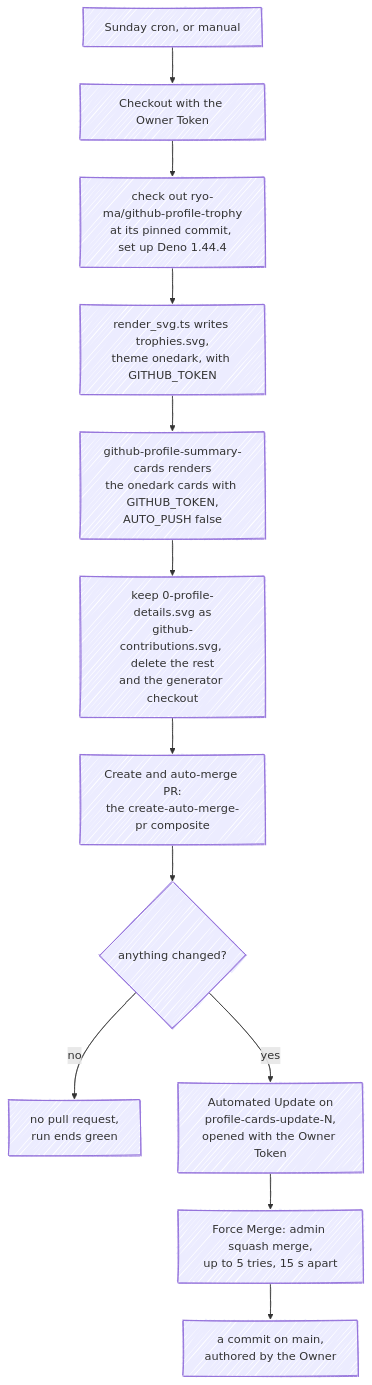
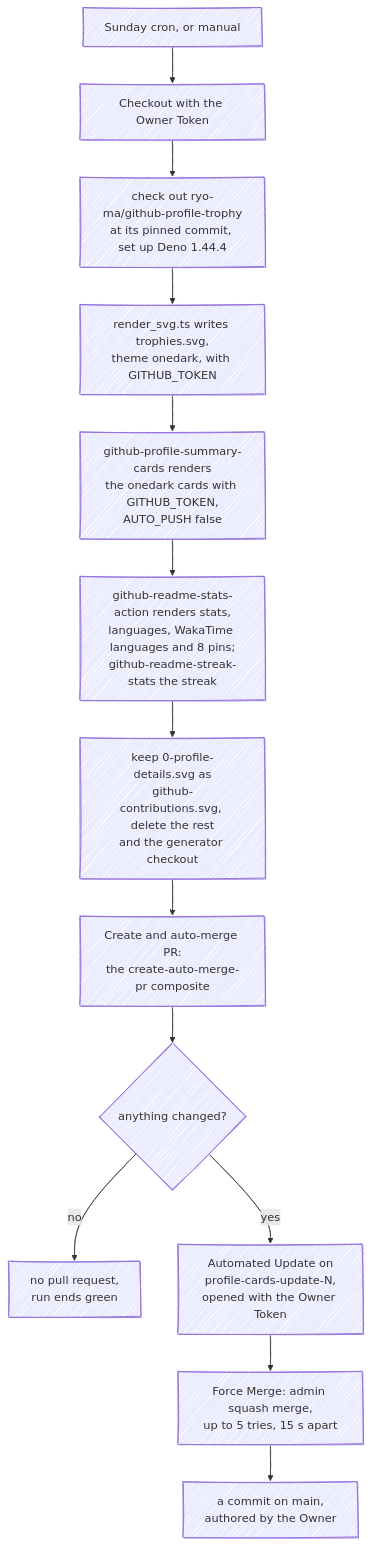
One commit to fbuireu/fbuireu changed the fourth of 10 diagrams in ARCHITECTURE.md. Above: the diagram before and after it, drawn with Mermaid. The commit also changed other lines of this file and 7 other files, not shown here.

First line of the commit message:
feat: render the stats, languages, pins and streak as Artefacts

````diff
--- a/ARCHITECTURE.md
+++ b/ARCHITECTURE.md
@@ -195,19 +195,20 @@
 ```mermaid
 ---
 config:
   look: handDrawn
   layout: dagre
 ---
 flowchart TD
     cron["Sunday cron, or manual"] --> checkout["Checkout with the Owner Token"]
     checkout --> gen["check out ryo-ma/github-profile-trophy<br/>at its pinned commit, set up Deno 1.44.4"]
     gen --> trophy["render_svg.ts writes trophies.svg,<br/>theme onedark, with GITHUB_TOKEN"]
     trophy --> summary["github-profile-summary-cards renders<br/>the onedark cards with GITHUB_TOKEN,<br/>AUTO_PUSH false"]
-    summary --> keep["keep 0-profile-details.svg as<br/>github-contributions.svg, delete the rest<br/>and the generator checkout"]
+    summary --> grs["github-readme-stats-action renders stats,<br/>languages, WakaTime languages and 8 pins;<br/>github-readme-streak-stats the streak"]
+    grs --> keep["keep 0-profile-details.svg as<br/>github-contributions.svg, delete the rest<br/>and the generator checkout"]
     keep --> composite["Create and auto-merge PR:<br/>the create-auto-merge-pr composite"]
     composite --> diff{"anything changed?"}
     diff -->|no| none["no pull request,<br/>run ends green"]
     diff -->|yes| pr["Automated Update on<br/>profile-cards-update-N,<br/>opened with the Owner Token"]
     pr --> merge["Force Merge: admin squash merge,<br/>up to 5 tries, 15 s apart"]
     merge --> main["a commit on main,<br/>authored by the Owner"]
 ```
````
